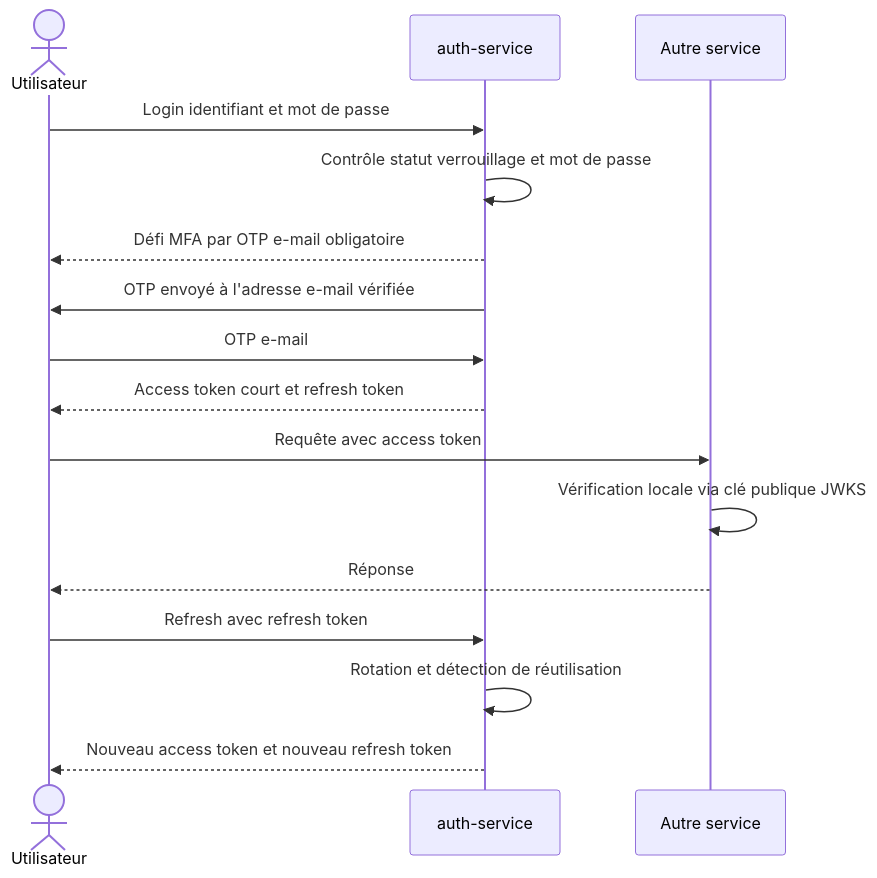
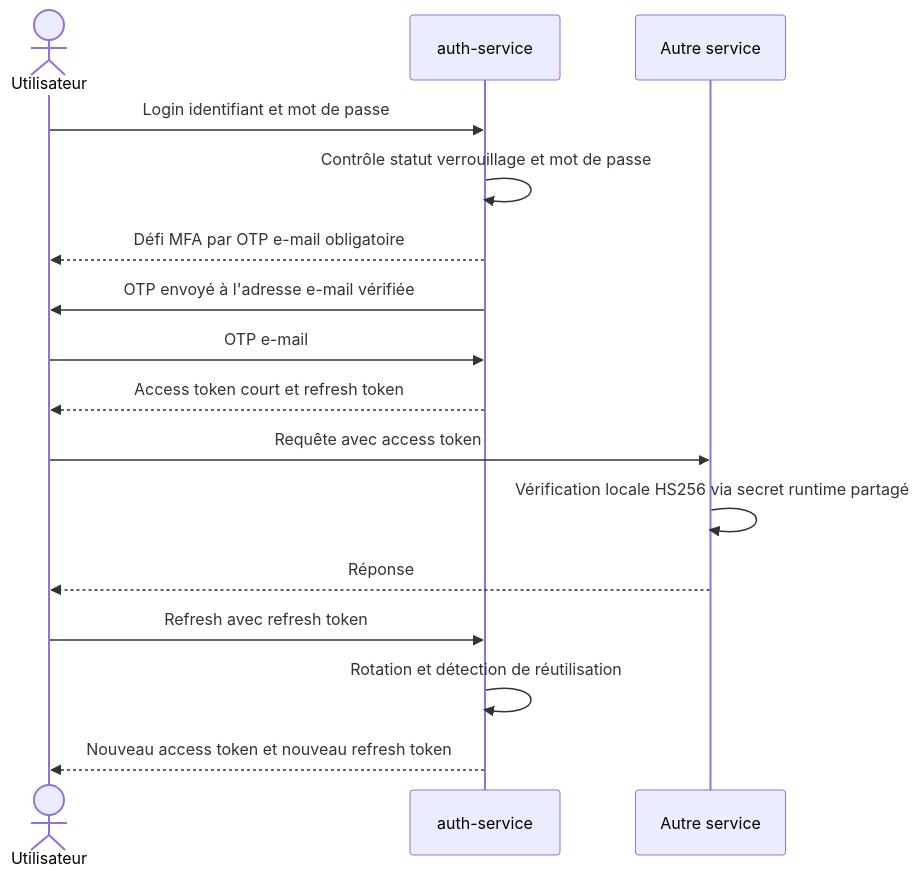
One commit to relouBird/kab-gateway-pay changed the first of 3 diagrams in docs/cdc/CDC-01-identite-acces.md. Above: the diagram before and after it, drawn with Mermaid. The commit also changed other lines of this file and 23 other files, not shown here.

````diff
--- a/docs/cdc/CDC-01-identite-acces.md
+++ b/docs/cdc/CDC-01-identite-acces.md
@@ -108,18 +108,18 @@
 ```mermaid
 sequenceDiagram
     actor U as Utilisateur
     participant A as auth-service
     participant S as Autre service
     U->>A: Login identifiant et mot de passe
     A->>A: Contrôle statut verrouillage et mot de passe
     A-->>U: Défi MFA par OTP e-mail obligatoire
     A->>U: OTP envoyé à l'adresse e-mail vérifiée
     U->>A: OTP e-mail
     A-->>U: Access token court et refresh token
     U->>S: Requête avec access token
-    S->>S: Vérification locale via clé publique JWKS
+    S->>S: Vérification locale HS256 via secret runtime partagé
     S-->>U: Réponse
     U->>A: Refresh avec refresh token
     A->>A: Rotation et détection de réutilisation
     A-->>U: Nouveau access token et nouveau refresh token
 ```
````
